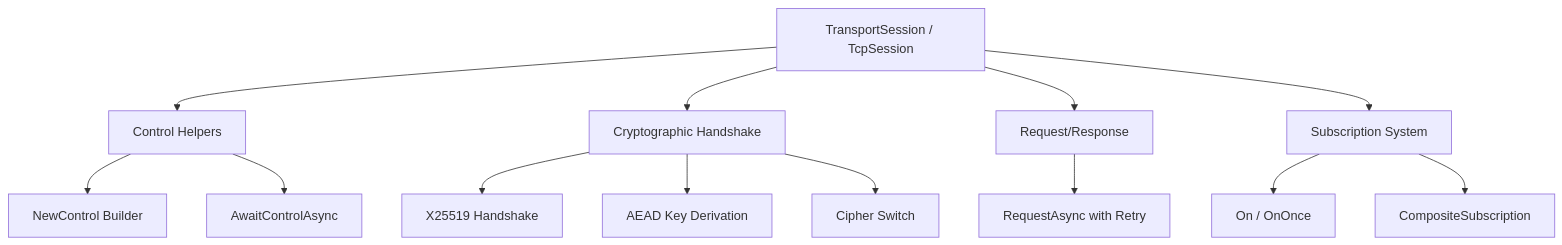
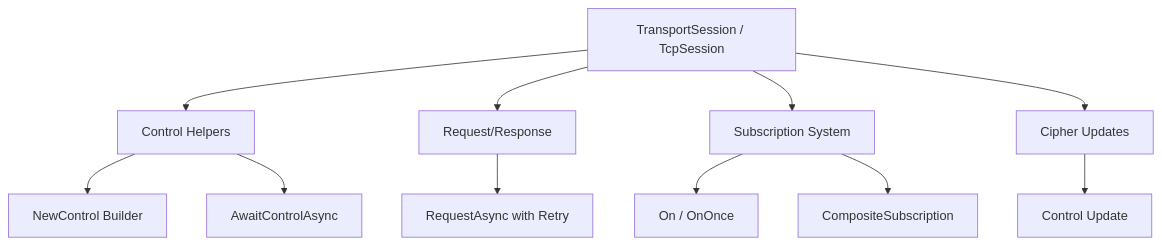
Before and after one commit to ppn-systems/Nalix: the diagram in docs/api/sdk/tcp-session-extensions.md, drawn with Mermaid. The commit also changed other lines of this file and 11 other files, not shown here.

````diff
--- a/docs/api/sdk/tcp-session-extensions.md
+++ b/docs/api/sdk/tcp-session-extensions.md
@@ -7,19 +7,17 @@
 ```mermaid
 graph TD
     A[TransportSession / TcpSession] --> B[Control Helpers]
-    A --> C[Cryptographic Handshake]
     A --> D[Request/Response]
     A --> E[Subscription System]
+    A --> F[Cipher Updates]
     
     B --> B1[NewControl Builder]
     B --> B2[AwaitControlAsync]
-    
-    C --> C1[X25519 Handshake]
-    C --> C2[AEAD Key Derivation]
-    C --> C3[Cipher Switch]
     
     D --> D1[RequestAsync with Retry]
     
     E --> E1[On / OnOnce]
     E --> E2[CompositeSubscription]
+
+    F --> F1[Control Update]
 ```
````
